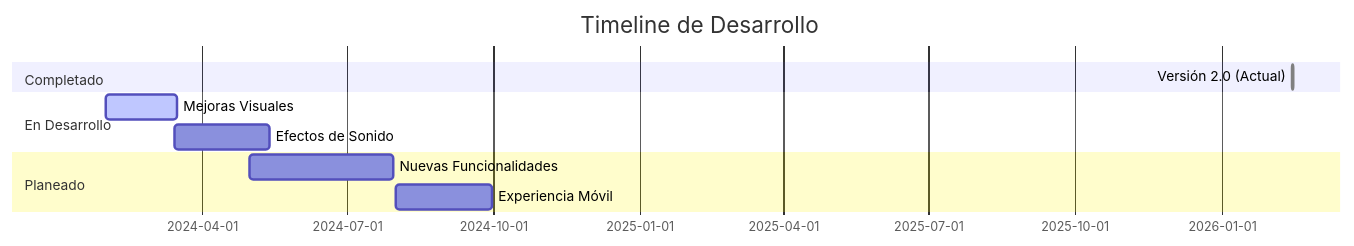
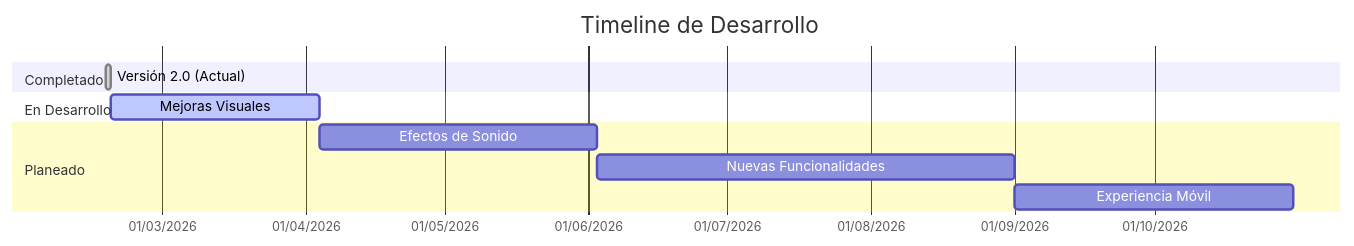
One commit to TheYinYan/Trabajo_VideoJuego_JS changed the diagram in README.md. Above: the diagram before and after it, drawn with Mermaid. The commit also changed other lines of this file, not shown here.

Commit message:
Act ESTADO DEL PROYECTO

````diff
--- a/README.md
+++ b/README.md
@@ -557,13 +557,17 @@
 ```mermaid
 gantt
     title Timeline de Desarrollo
     dateFormat YYYY-MM-DD
+    axisFormat %d/%m/%Y
+    
     section Completado
-    Versión 2.0 (Actual)    :done, 2026-02-14, 1d
+    Versión 2.0 (Actual)    :done, 2026-02-17, 1d
+    
     section En Desarrollo
-    Mejoras Visuales         :active, 2024-02-01, 45d
-    Efectos de Sonido        :2024-03-15, 60d
+    Mejoras Visuales         :active, 2026-02-18, 45d
+    
     section Planeado
-    Nuevas Funcionalidades   :2024-05-01, 90d
-    Experiencia Móvil        :2024-08-01, 60d
+    Efectos de Sonido        :2026-04-04, 60d
+    Nuevas Funcionalidades   :2026-06-03, 90d
+    Experiencia Móvil        :2026-09-01, 60d
 ```
````
